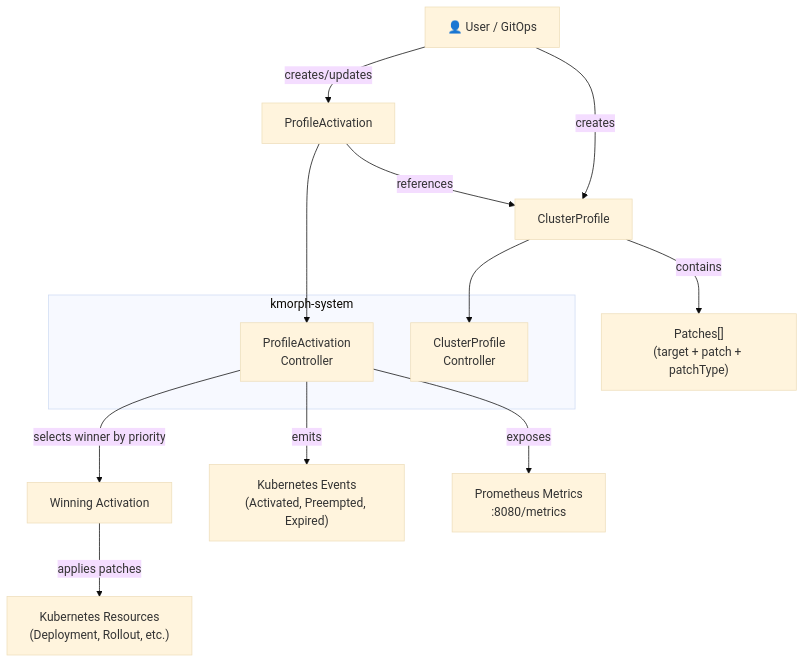
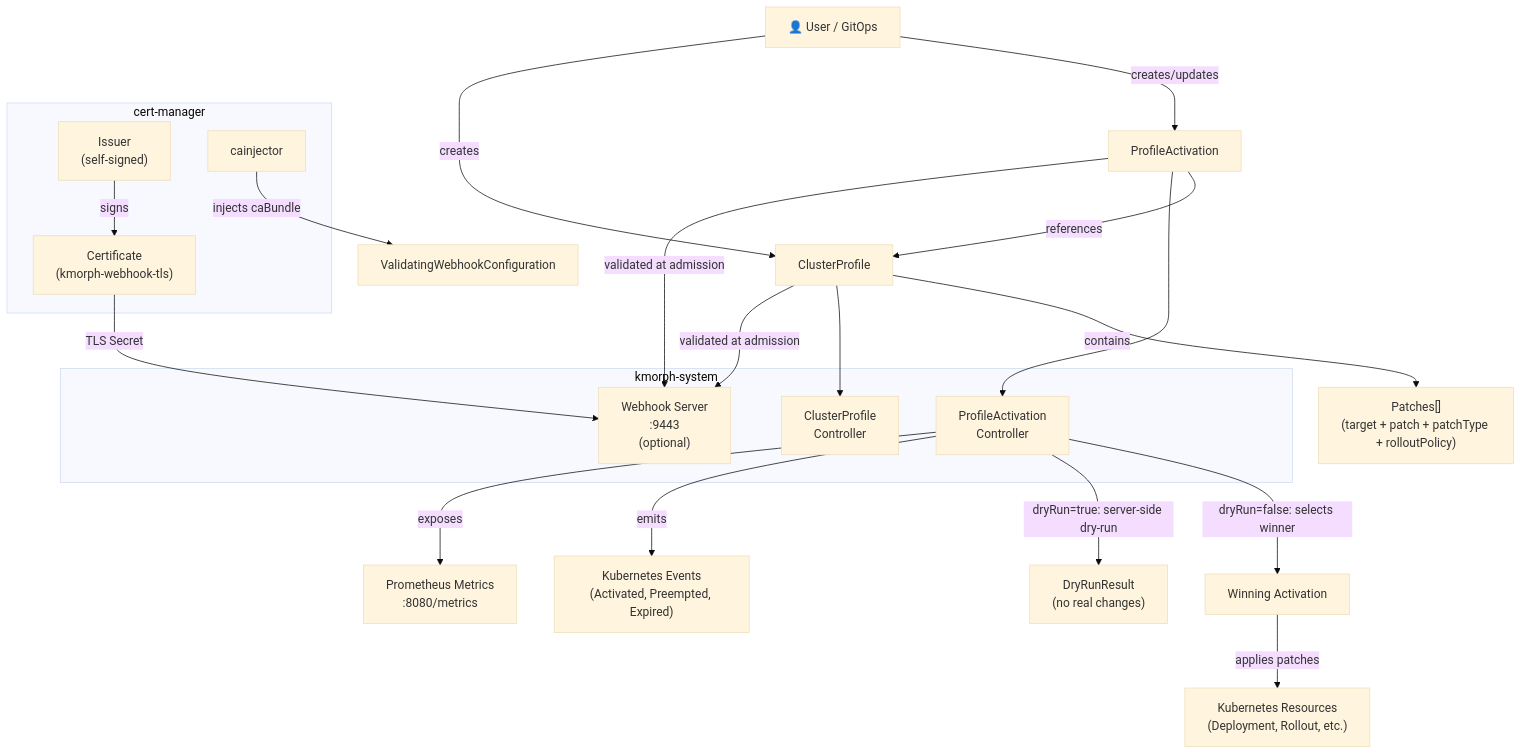
One commit to n0rm4l-me/kmorph changed the first of 7 diagrams in docs/architecture.md. Above: the diagram before and after it, drawn with Mermaid (base theme). The commit also changed other lines of this file and 2 other files, not shown here.

First line of the commit message:
docs: update architecture, activations, getting-started with dry-run and webhooks

````diff
--- a/docs/architecture.md
+++ b/docs/architecture.md
@@ -7,22 +7,36 @@
 ```mermaid
 graph TD
     User["👤 User / GitOps"] -->|creates/updates| PA[ProfileActivation]
     User -->|creates| CP[ClusterProfile]
 
     PA -->|references| CP
-    CP -->|contains| Patches["Patches[]<br/>(target + patch + patchType)"]
+    CP -->|contains| Patches["Patches[]<br/>(target + patch + patchType + rolloutPolicy)"]
 
     subgraph kmorph-system
         PAC[ProfileActivation<br/>Controller]
         CPC[ClusterProfile<br/>Controller]
+        WH["Webhook Server<br/>:9443<br/>(optional)"]
     end
 
     PA --> PAC
     CP --> CPC
+    PA -->|validated at admission| WH
+    CP -->|validated at admission| WH
 
-    PAC -->|selects winner by priority| Winner["Winning Activation"]
+    PAC -->|dryRun=false: selects winner| Winner["Winning Activation"]
+    PAC -->|dryRun=true: server-side dry-run| DryResult["DryRunResult<br/>(no real changes)"]
     Winner -->|applies patches| K8S["Kubernetes Resources<br/>(Deployment, Rollout, etc.)"]
 
     PAC -->|emits| Events["Kubernetes Events<br/>(Activated, Preempted, Expired)"]
     PAC -->|exposes| Metrics["Prometheus Metrics<br/>:8080/metrics"]
+
+    subgraph cert-manager
+        Issuer["Issuer<br/>(self-signed)"]
+        Cert["Certificate<br/>(kmorph-webhook-tls)"]
+        CAInject["cainjector"]
+    end
+
+    Issuer -->|signs| Cert
+    Cert -->|TLS Secret| WH
+    CAInject -->|injects caBundle| VWC["ValidatingWebhookConfiguration"]
 ```
````
